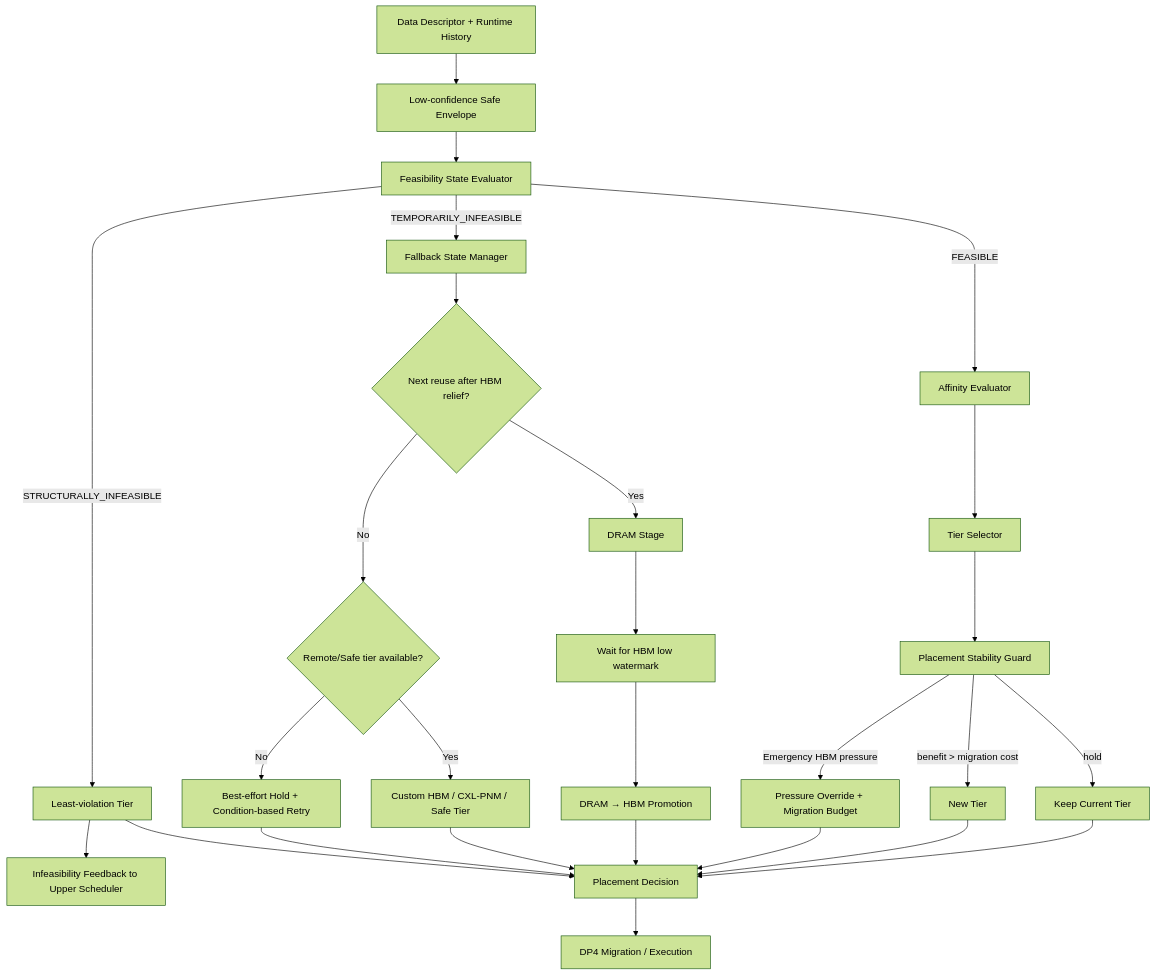
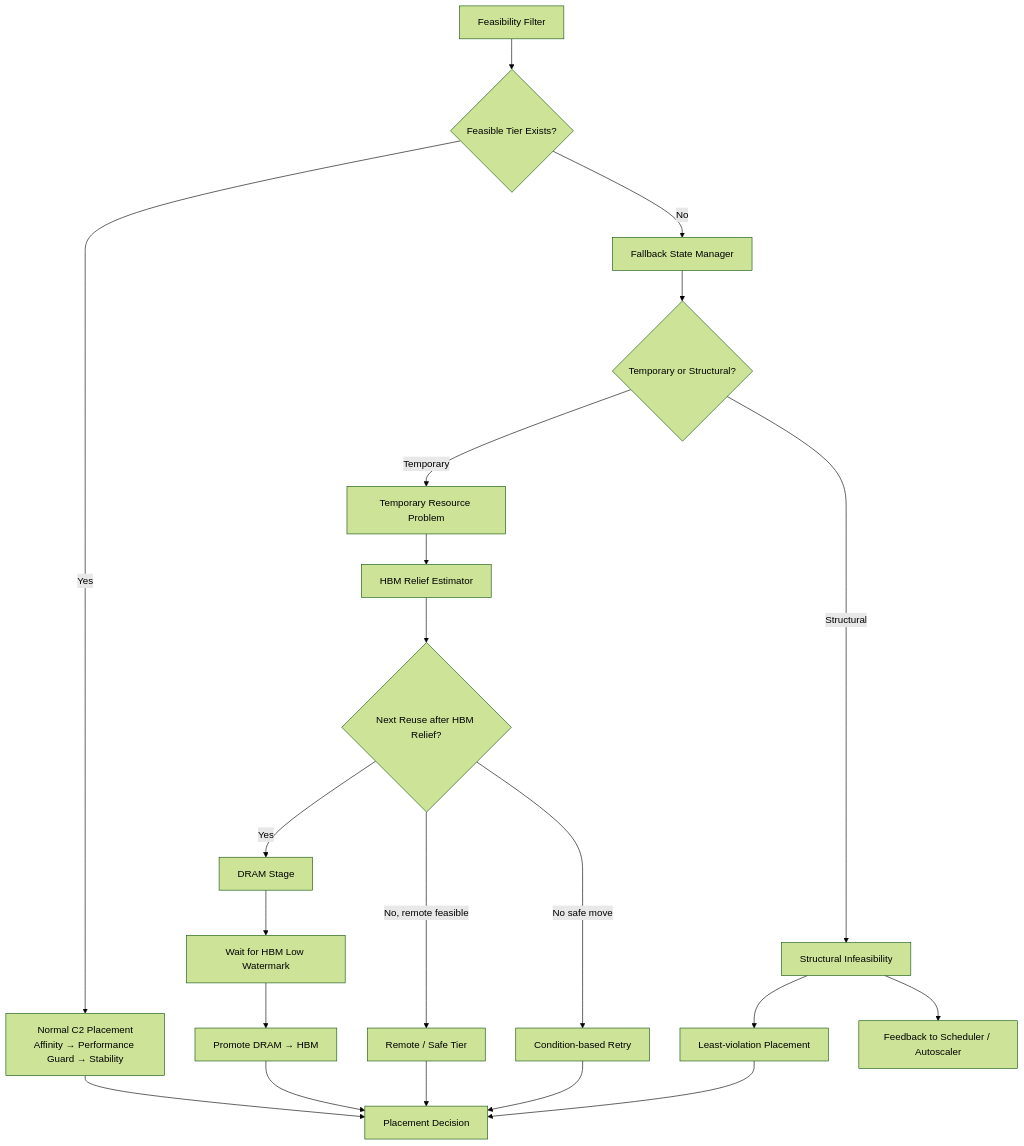
The third of 3 diagrams in doc-architect/dp1-reinforcement-v2-design.md (mkim0628/vllm), drawn with Mermaid (forest theme) before and after one commit. The commit also changed other lines of this file, not shown here.

Commit message:
Simplify DP1 V2 architecture with top-down C1-R2/C2-R2 diagrams

````diff
--- a/doc-architect/dp1-reinforcement-v2-design.md
+++ b/doc-architect/dp1-reinforcement-v2-design.md
@@ -781,35 +380,53 @@
 ```mermaid
 flowchart TD
-    A[Data Descriptor + Runtime History] --> B[Low-confidence Safe Envelope]
-    B --> C[Feasibility State Evaluator]
+    A[Feasibility Filter]
+    B{Feasible Tier Exists?}
 
-    C -->|FEASIBLE| D[Affinity Evaluator]
-    D --> E[Tier Selector]
-    E --> F[Placement Stability Guard]
+    C[Normal C2 Placement<br/>Affinity → Performance Guard → Stability]
+    D[Fallback State Manager]
 
-    F -->|hold| G[Keep Current Tier]
-    F -->|benefit > migration cost| H[New Tier]
-    F -->|Emergency HBM pressure| I[Pressure Override + Migration Budget]
+    E{Temporary or Structural?}
 
-    C -->|TEMPORARILY_INFEASIBLE| J[Fallback State Manager]
-    J --> K{Next reuse after HBM relief?}
-    K -->|Yes| L[DRAM Stage]
-    L --> M[Wait for HBM low watermark]
-    M --> N[DRAM → HBM Promotion]
-    K -->|No| O{Remote/Safe tier available?}
-    O -->|Yes| P[Custom HBM / CXL-PNM / Safe Tier]
-    O -->|No| Q[Best-effort Hold + Condition-based Retry]
+    F[Temporary Resource Problem]
+    G[HBM Relief Estimator]
+    H{Next Reuse after HBM Relief?}
+    I[DRAM Stage]
+    J[Wait for HBM Low Watermark]
+    K[Promote DRAM → HBM]
 
-    C -->|STRUCTURALLY_INFEASIBLE| R[Least-violation Tier]
-    R --> S[Infeasibility Feedback to Upper Scheduler]
+    L[Remote / Safe Tier]
+    M[Condition-based Retry]
 
-    G --> T[Placement Decision]
-    H --> T
-    I --> T
-    N --> T
-    P --> T
-    Q --> T
-    R --> T
+    N[Structural Infeasibility]
+    O[Least-violation Placement]
+    P[Feedback to Scheduler / Autoscaler]
 
-    T --> U[DP4 Migration / Execution]
+    Q[Placement Decision]
+
+    A --> B
+    B -->|Yes| C
+    C --> Q
+
+    B -->|No| D
+    D --> E
+
+    E -->|Temporary| F
+    F --> G
+    G --> H
+
+    H -->|Yes| I
+    I --> J
+    J --> K
+    K --> Q
+
+    H -->|No, remote feasible| L
+    L --> Q
+
+    H -->|No safe move| M
+    M --> Q
+
+    E -->|Structural| N
+    N --> O
+    N --> P
+    O --> Q
 ```
````
